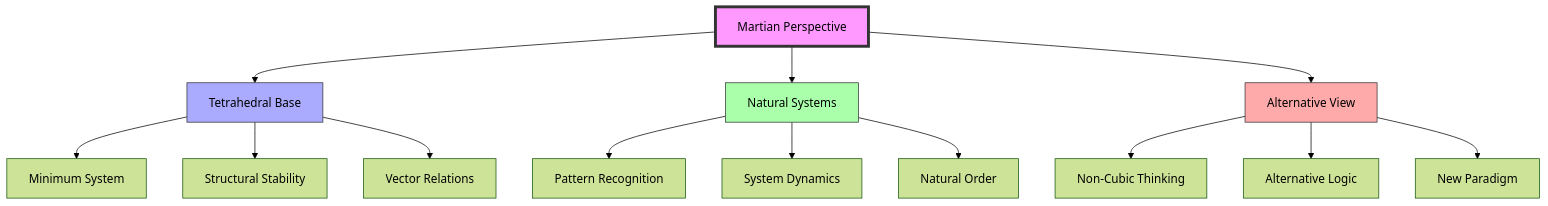
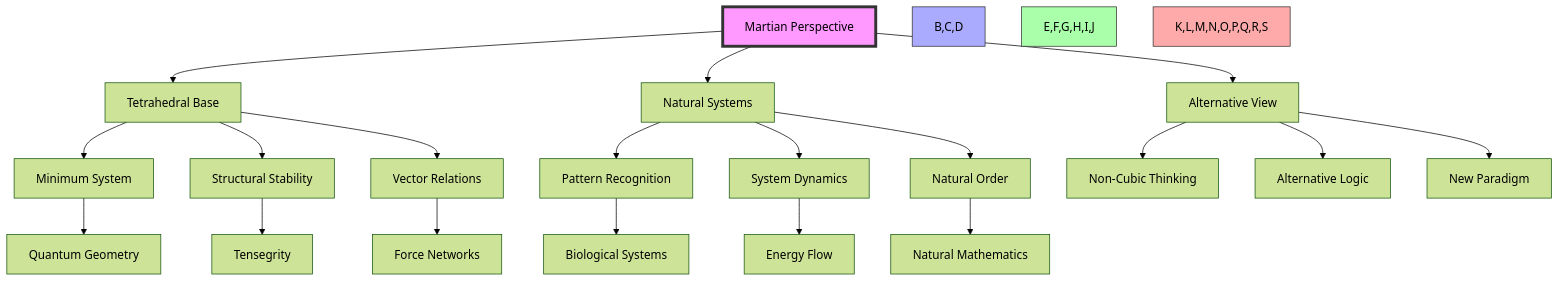
The second of 8 diagrams in concepts/Martian_Math.md (docxology/School_of_Tomorrow), drawn with Mermaid (forest theme) before and after one commit. The commit also changed other lines of this file and 2 other files, not shown here.

````diff
--- a/concepts/Martian_Math.md
+++ b/concepts/Martian_Math.md
@@ -51,23 +76,32 @@
 ```mermaid
 graph TD
     A[Martian Perspective] --> B[Tetrahedral Base]
     A --> C[Natural Systems]
     A --> D[Alternative View]
     
     B --> E[Minimum System]
     B --> F[Structural Stability]
     B --> G[Vector Relations]
     
     C --> H[Pattern Recognition]
     C --> I[System Dynamics]
     C --> J[Natural Order]
     
     D --> K[Non-Cubic Thinking]
     D --> L[Alternative Logic]
     D --> M[New Paradigm]
     
+    %% Additional Connections
+    E --> N[Quantum Geometry]
+    F --> O[Tensegrity]
+    G --> P[Force Networks]
+    
+    H --> Q[Biological Systems]
+    I --> R[Energy Flow]
+    J --> S[Natural Mathematics]
+    
     style A fill:#f9f,stroke:#333,stroke-width:4px
-    style B fill:#aaf,stroke:#333
-    style C fill:#afa,stroke:#333
-    style D fill:#faa,stroke:#333
+    style B,C,D fill:#aaf,stroke:#333
+    style E,F,G,H,I,J fill:#afa,stroke:#333
+    style K,L,M,N,O,P,Q,R,S fill:#faa,stroke:#333
 ```
````
